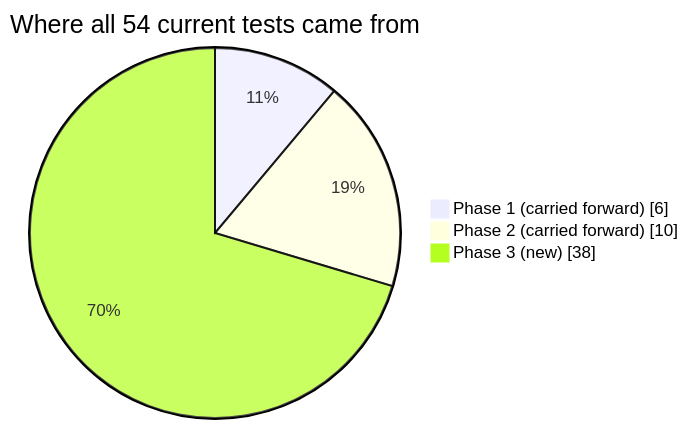
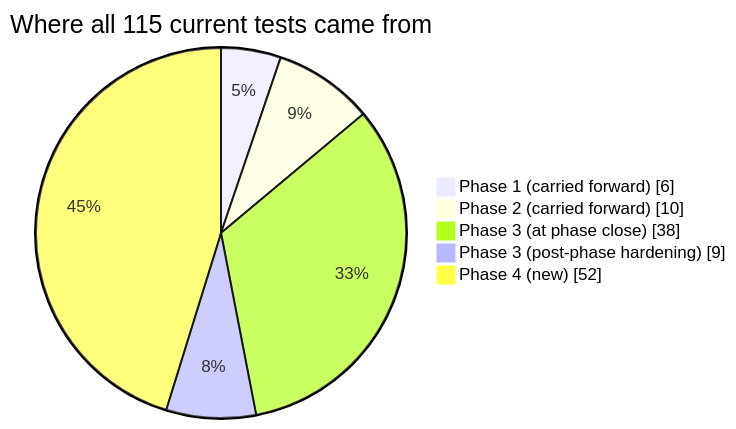
Before and after one commit to luicsw/Trader: the second of 2 diagrams in documentations/tests/README.md, drawn with Mermaid. The commit also changed other lines of this file and 45 other files, not shown here.

````diff
--- a/documentations/tests/README.md
+++ b/documentations/tests/README.md
@@ -29,7 +32,9 @@
 ```mermaid
 pie showData
-    title Where all 54 current tests came from
+    title Where all 115 current tests came from
     "Phase 1 (carried forward)" : 6
     "Phase 2 (carried forward)" : 10
-    "Phase 3 (new)" : 38
+    "Phase 3 (at phase close)" : 38
+    "Phase 3 (post-phase hardening)" : 9
+    "Phase 4 (new)" : 52
 ```
````
